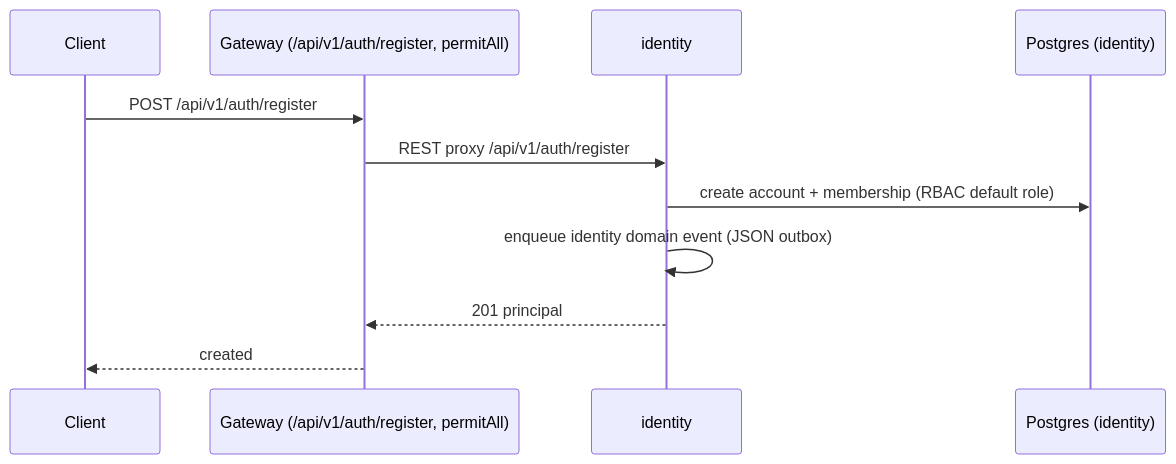
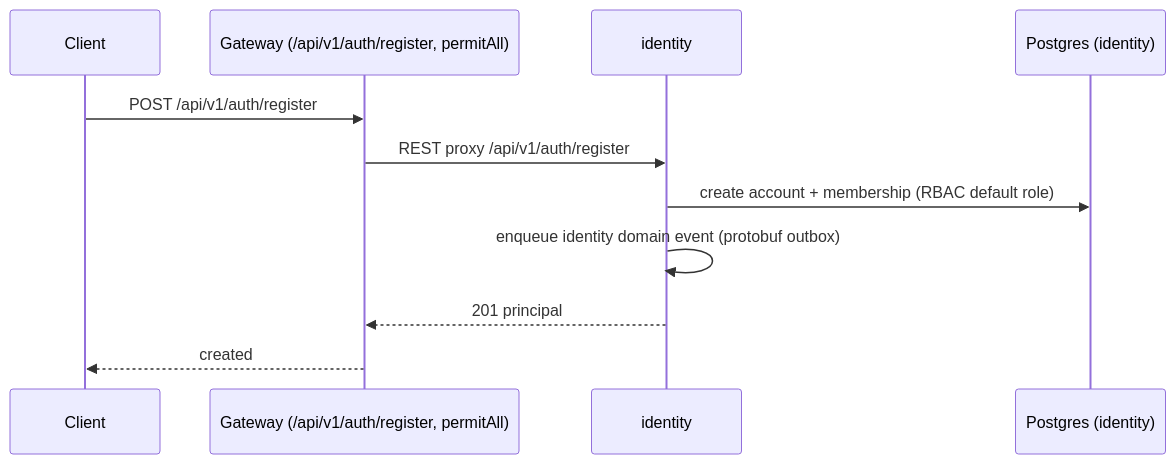
Before and after one commit to hatrongvu13/smartfarm-platform-maven-starter: the fifth of 7 diagrams in docs/architecture/system-overview.md, drawn with Mermaid. The commit also changed other lines of this file and 15 other files, not shown here.

First line of the commit message:
docs: truth pass -- audit log, outstanding issues, architecture & service docs

````diff
--- a/docs/architecture/system-overview.md
+++ b/docs/architecture/system-overview.md
@@ -130,13 +132,13 @@
 ```mermaid
 sequenceDiagram
   participant C as Client
   participant GW as Gateway (/api/v1/auth/register, permitAll)
   participant ID as identity
   participant PG as Postgres (identity)
   C->>GW: POST /api/v1/auth/register
   GW->>ID: REST proxy /api/v1/auth/register
   ID->>PG: create account + membership (RBAC default role)
-  ID->>ID: enqueue identity domain event (JSON outbox)
+  ID->>ID: enqueue identity domain event (protobuf outbox)
   ID-->>GW: 201 principal
   GW-->>C: created
 ```
````
